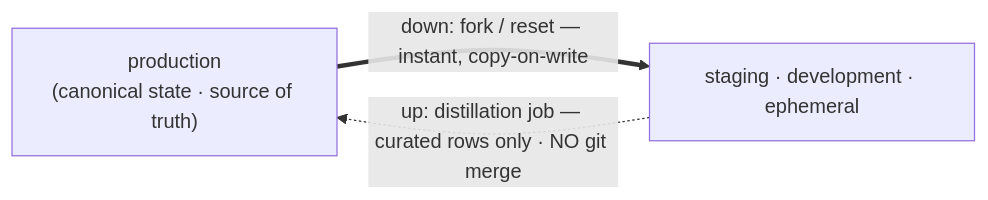
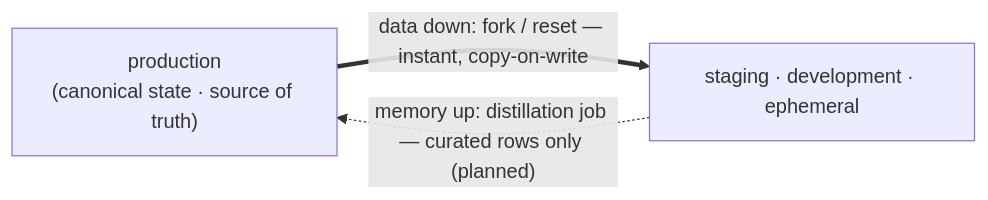
One commit to databricks-solutions/lakebase-for-ai-developers changed the second of 2 diagrams in docs/state-lifecycle.md. Above: the diagram before and after it, drawn with Mermaid. The commit also changed other lines of this file, not shown here.

````diff
--- a/docs/state-lifecycle.md
+++ b/docs/state-lifecycle.md
@@ -164,7 +81,7 @@
 ```mermaid
 flowchart LR
     PROD["production<br/>(canonical state · source of truth)"]
     LOWER["staging · development · ephemeral"]
-    PROD ==>|"down: fork / reset — instant, copy-on-write"| LOWER
-    LOWER -. "up: distillation job — curated rows only · NO git merge" .-> PROD
+    PROD ==>|"data down: fork / reset — instant, copy-on-write"| LOWER
+    LOWER -. "memory up: distillation job — curated rows only (planned)" .-> PROD
 ```
````
